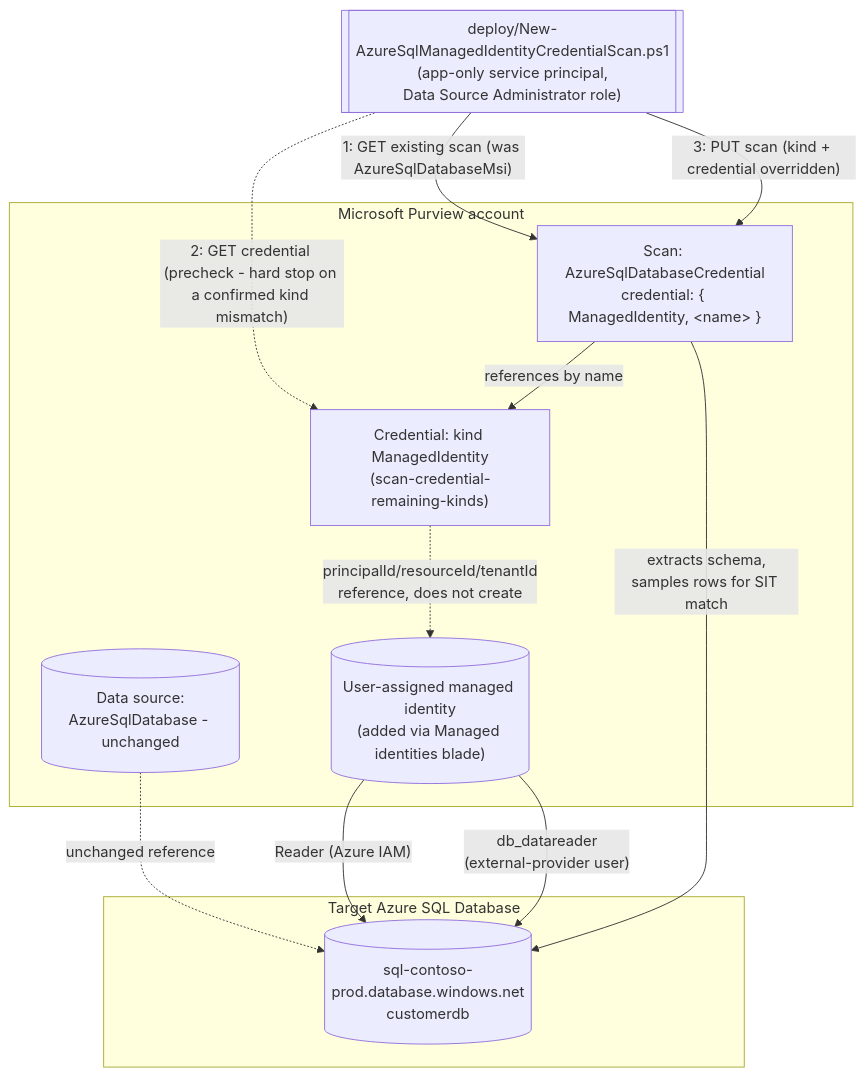
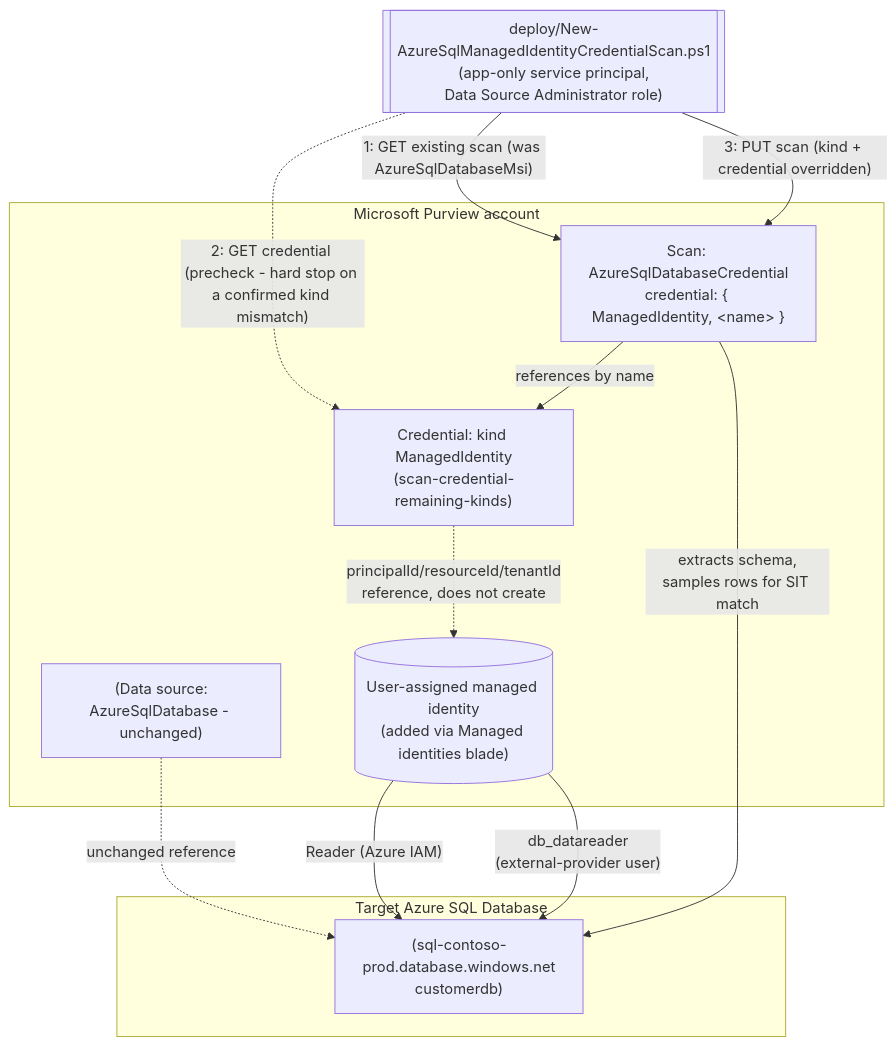
One commit to kpsec1/kpsec1.github.io changed the diagram in src/content/scenarios/data-map/scan-azure-sql-and-classify-managed-identity-credential.md. Above: the diagram before and after it, drawn with Mermaid. The commit also changed 80 other files, not shown here.

First line of the commit message:
Fix Mermaid diagram rendering across all scenarios

````diff
--- a/src/content/scenarios/data-map/scan-azure-sql-and-classify-managed-identity-credential.md
+++ b/src/content/scenarios/data-map/scan-azure-sql-and-classify-managed-identity-credential.md
@@ -66,26 +66,26 @@
 ```mermaid
 flowchart TD
     subgraph Azure["Target Azure SQL Database"]
-        SQL[(sql-contoso-prod.database.windows.net<br/>customerdb)]
+        SQL["(sql-contoso-prod.database.windows.net<br/>customerdb)"]
     end
 
     subgraph Purview["Microsoft Purview account"]
         UAMI[("User-assigned managed identity<br/>(added via Managed identities blade)")]
         Cred["Credential: kind ManagedIdentity<br/>(scan-credential-remaining-kinds)"]
-        DS[(Data source:<br/>AzureSqlDatabase - unchanged)]
+        DS["(Data source:<br/>AzureSqlDatabase - unchanged)"]
         Scan["Scan: AzureSqlDatabaseCredential<br/>credential: { ManagedIdentity, &lt;name&gt; }"]
     end
 
     Deployer[["deploy/New-AzureSqlManagedIdentityCredentialScan.ps1<br/>(app-only service principal,<br/>Data Source Administrator role)"]]
 
     Deployer -- "1: GET existing scan (was AzureSqlDatabaseMsi)" --> Scan
     Deployer -. "2: GET credential (precheck - hard stop on a confirmed kind mismatch)" .-> Cred
     Deployer -- "3: PUT scan (kind + credential overridden)" --> Scan
 
     DS -.->|unchanged reference| SQL
     Scan -- "references by name" --> Cred
     Cred -. "principalId/resourceId/tenantId<br/>reference, does not create" .-> UAMI
     UAMI -- "Reader (Azure IAM)" --> SQL
     UAMI -- "db_datareader<br/>(external-provider user)" --> SQL
     Scan -- "extracts schema,<br/>samples rows for SIT match" --> SQL
 ```
````
